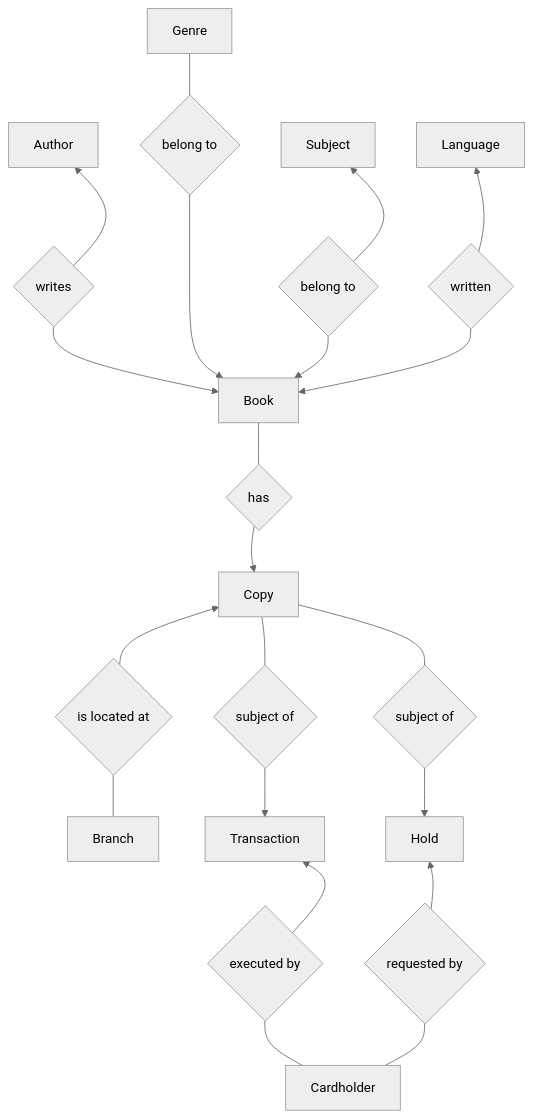
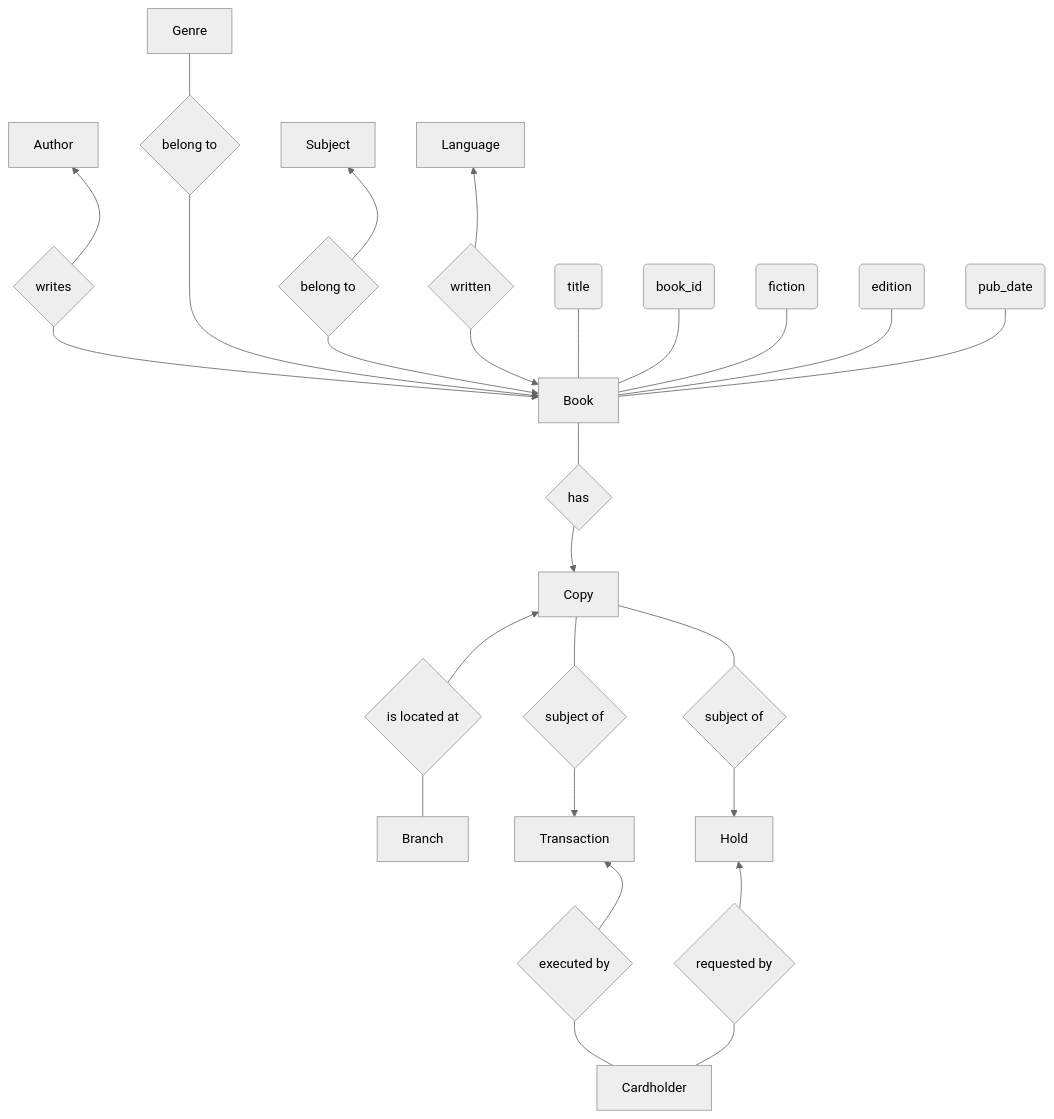
One commit to kelzzzz/CS425-ChiPub changed the first of 2 diagrams in deliverable_1.md. Above: the diagram before and after it, drawn with Mermaid (neutral theme).

Commit message:
Add book attributes.

````diff
--- a/deliverable_1.md
+++ b/deliverable_1.md
@@ -15,23 +15,28 @@
 ```mermaid
 graph TD
     A[Author] ~~~ AB{writes} --> A
     G[Genre] --- GB{belong to}
     S[Subject] ~~~ SB{belong to} --> S
     L[Language] ~~~ LB{written} --> L
     AB --> B[Book]
     GB ---> B
     SB --> B
     LB --> B
+    bt(title) --- B
+    bid(book_id) --- B
+    bf(fiction) --- B
+    be(edition) --- B
+    bp(pub_date) --- B
     B --- CB{has}
     C[Copy] ~~~ CB --> C
     C ~~~ CBr{is located at} --> C
     CBr --- Br[Branch]
     C --- CT{subject of}
     CT --> T[Transaction]
     C --- CH{subject of}
     CH --> H[Hold]
     T ~~~ TCh{executed by} --> T
     TCh --- Ch[Cardholder]
     H ~~~ HCh{requested by} --> H
     HCh --- Ch
 ```
````
